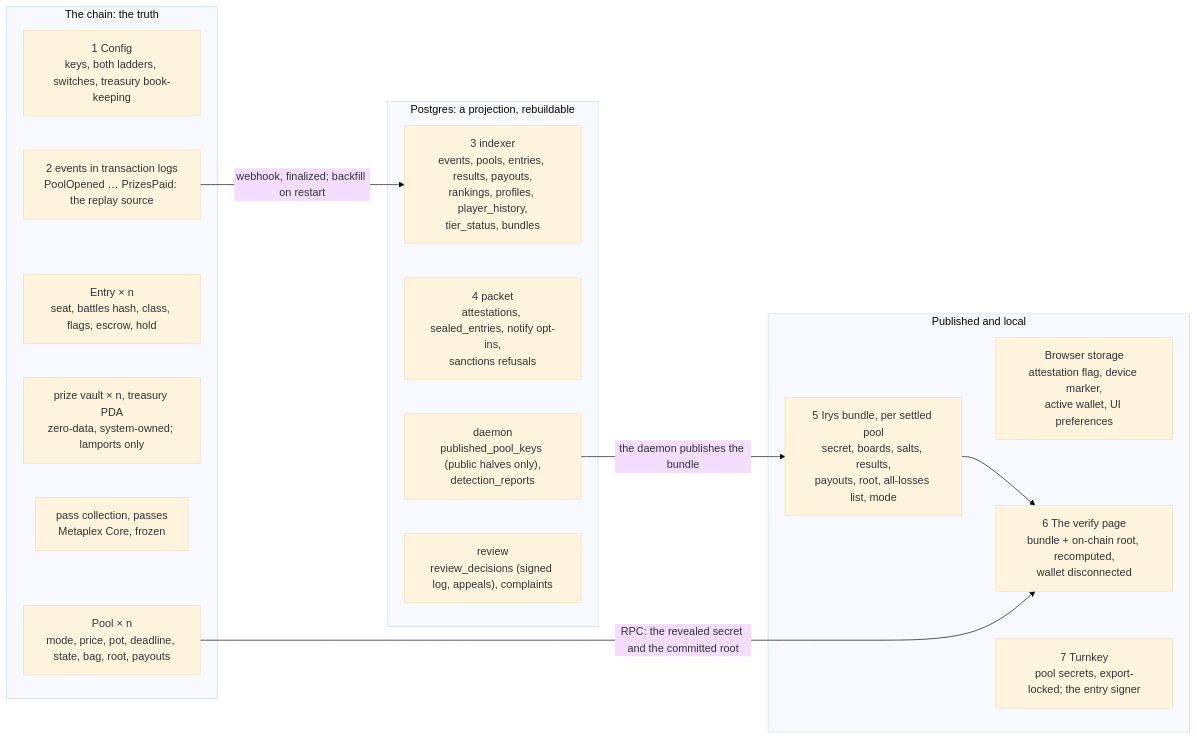
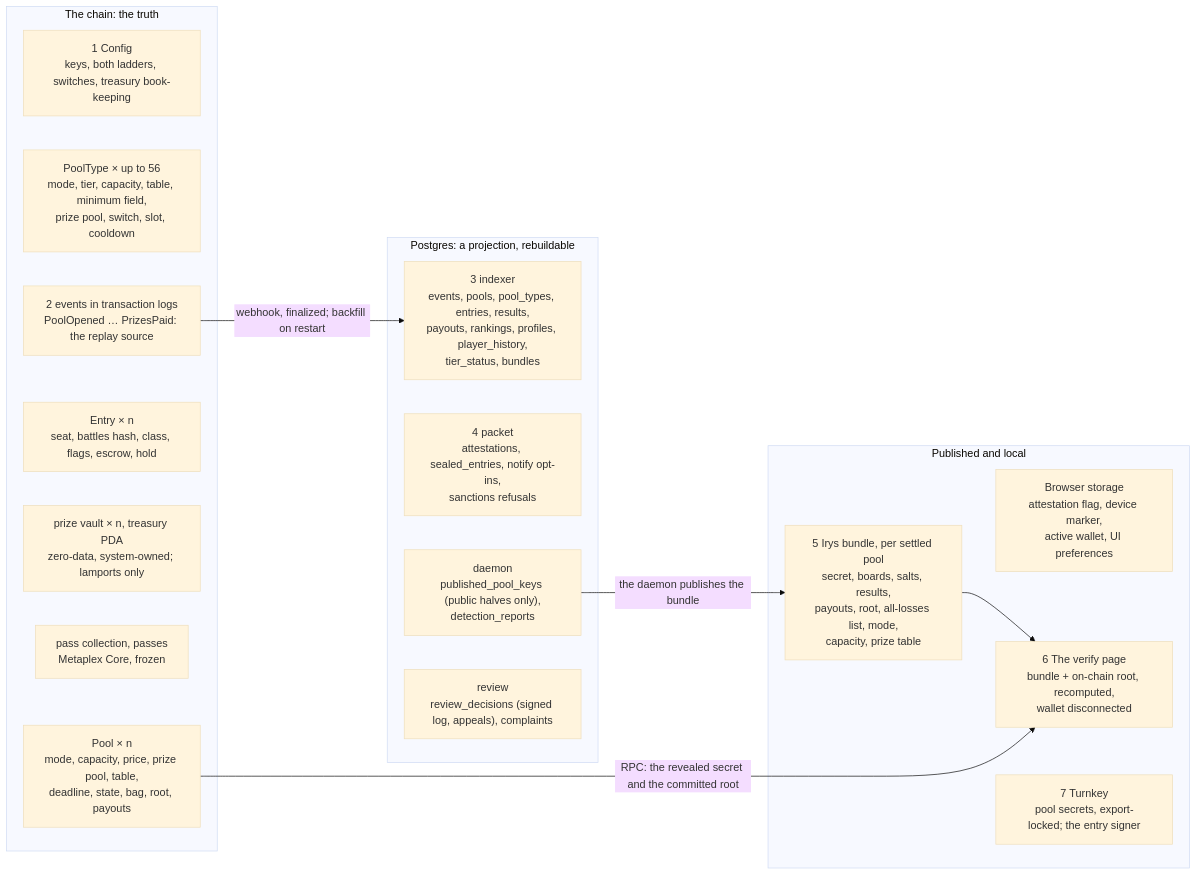
One commit to tomtblock/blotto changed the sixth of 7 diagrams in docs/architecture/DIAGRAMS.md. Above: the diagram before and after it, drawn with Mermaid (base theme). The commit also changed other lines of this file and 16 other files, not shown here.

````diff
--- a/docs/architecture/DIAGRAMS.md
+++ b/docs/architecture/DIAGRAMS.md
@@ -325,27 +343,28 @@
 ```mermaid
 flowchart LR
   subgraph chain["The chain: the truth"]
     C1["1 Config<br/>keys, both ladders, switches, treasury book-keeping"]
-    C2["Pool × n<br/>mode, price, pot, deadline, state, bag, root, payouts"]
+    CT["PoolType × up to 56<br/>mode, tier, capacity, table, minimum field,<br/>prize pool, switch, slot, cooldown"]
+    C2["Pool × n<br/>mode, capacity, price, prize pool, table,<br/>deadline, state, bag, root, payouts"]
     C3["Entry × n<br/>seat, battles hash, class, flags, escrow, hold"]
     C4["prize vault × n, treasury PDA<br/>zero-data, system-owned; lamports only"]
     C5["pass collection, passes<br/>Metaplex Core, frozen"]
     C6["2 events in transaction logs<br/>PoolOpened … PrizesPaid: the replay source"]
   end
   subgraph pg["Postgres: a projection, rebuildable"]
-    N1["3 indexer<br/>events, pools, entries, results, payouts,<br/>rankings, profiles, player_history,<br/>tier_status, bundles"]
+    N1["3 indexer<br/>events, pools, pool_types, entries, results,<br/>payouts, rankings, profiles, player_history,<br/>tier_status, bundles"]
     N2["4 packet<br/>attestations, sealed_entries, notify opt-ins,<br/>sanctions refusals"]
     N3["daemon<br/>published_pool_keys (public halves only),<br/>detection_reports"]
     N4["review<br/>review_decisions (signed log, appeals), complaints"]
   end
   subgraph pub["Published and local"]
-    P1["5 Irys bundle, per settled pool<br/>secret, boards, salts, results,<br/>payouts, root, all-losses list, mode"]
+    P1["5 Irys bundle, per settled pool<br/>secret, boards, salts, results,<br/>payouts, root, all-losses list, mode,<br/>capacity, prize table"]
     P2["Browser storage<br/>attestation flag, device marker,<br/>active wallet, UI preferences"]
     P3["6 The verify page<br/>bundle + on-chain root, recomputed,<br/>wallet disconnected"]
     P4["7 Turnkey<br/>pool secrets, export-locked; the entry signer"]
   end
   C6 -- "webhook, finalized; backfill on restart" --> N1
   N3 -- "the daemon publishes the bundle" --> P1
   P1 --> P3
   C2 -- "RPC: the revealed secret and the committed root" --> P3
 ```
````
